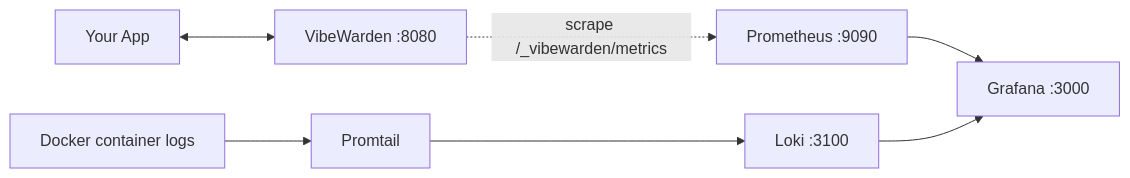
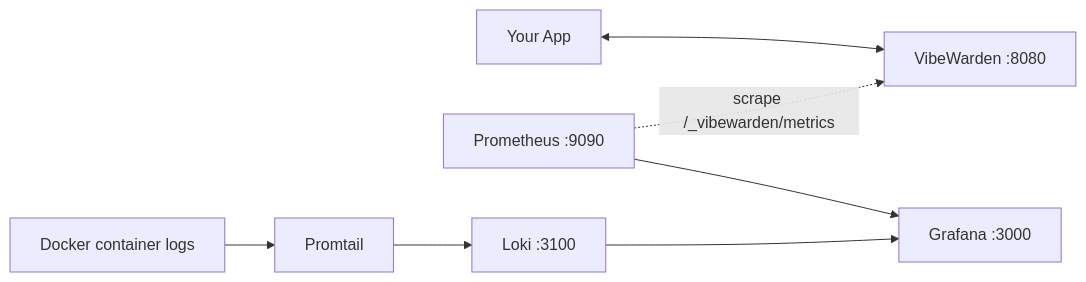
One commit to VibeWarden/vibewarden changed the diagram in docs/observability.md. Above: the diagram before and after it, drawn with Mermaid.

Commit message:
docs(#1004): fix Prometheus scrape arrow direction in observability diagram

````diff
--- a/docs/observability.md
+++ b/docs/observability.md
@@ -444,9 +444,9 @@
 ```mermaid
 flowchart LR
     App["Your App"] <--> VW["VibeWarden :8080"]
-    VW -. "scrape /_vibewarden/metrics" .-> Prom["Prometheus :9090"]
+    Prom["Prometheus :9090"] -. "scrape /_vibewarden/metrics" .-> VW
     Prom --> Grafana["Grafana :3000"]
     Logs["Docker container logs"] --> Promtail
     Promtail --> Loki["Loki :3100"]
     Loki --> Grafana
 ```
````
